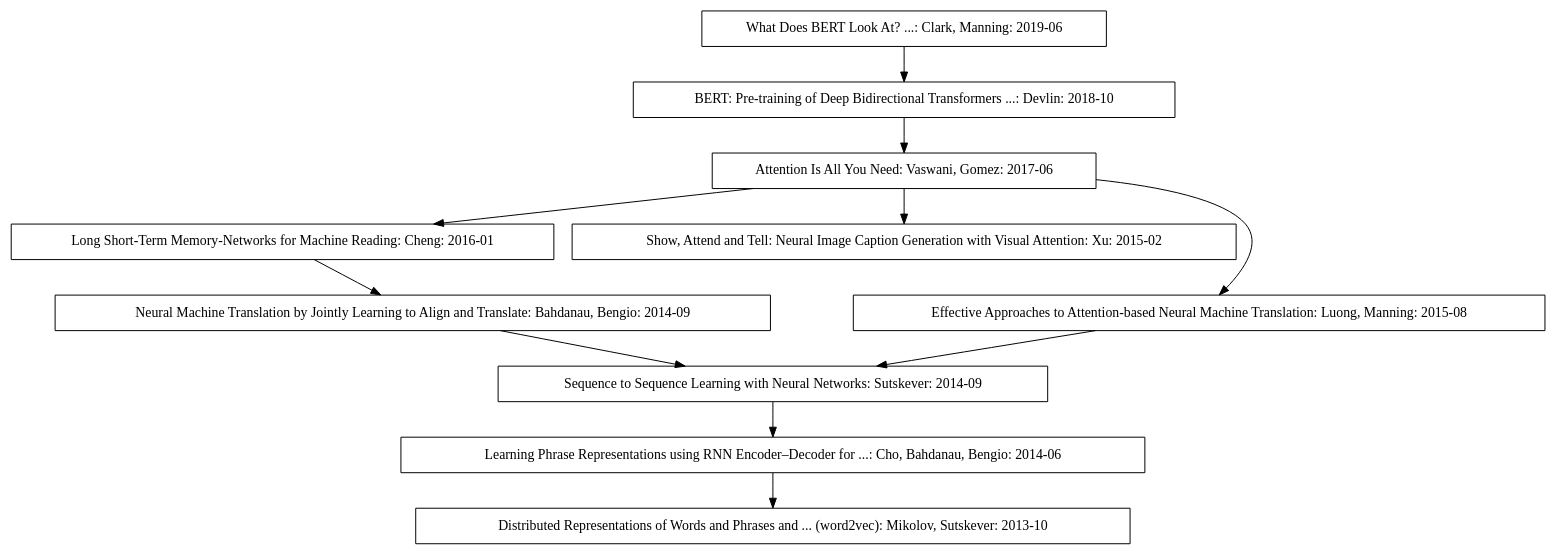
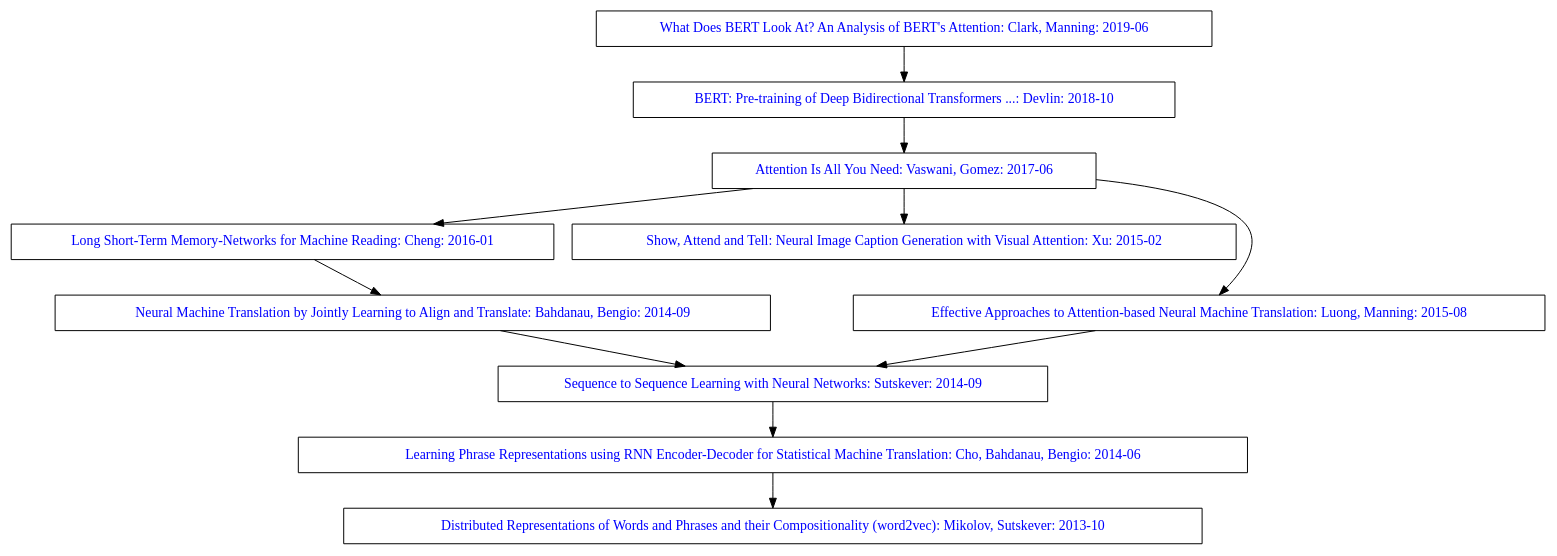
One commit to davidvandebunte/davidvandebunte.gitlab.io changed the diagram in jb/tar/notes/attention-history.gv. Above: the diagram before and after it, drawn with Graphviz. The commit also changed 3 other files, not shown here.

```diff
--- a/jb/tar/notes/attention-history.gv
+++ b/jb/tar/notes/attention-history.gv
@@ -1,53 +1,53 @@
 digraph mainmap {
-  node [shape="box"];
+  node [shape="box", fontcolor=blue];
   {
     clark2019 [
-      label="What Does BERT Look At? ...: Clark, Manning: 2019-06"
+      label="What Does BERT Look At? An Analysis of BERT's Attention: Clark, Manning: 2019-06"
       URL="https://arxiv.org/abs/1906.04341"
     ]
     devlin2018 [
       label="BERT: Pre-training of Deep Bidirectional Transformers ...: Devlin: 2018-10"
       URL="https://en.wikipedia.org/wiki/BERT_(language_model)"
     ]
     vaswani2017 [
       label="Attention Is All You Need: Vaswani, Gomez: 2017-06"
       URL="https://en.wikipedia.org/wiki/Transformer_(machine_learning_model)"
     ]
     cheng2016 [
       label="Long Short-Term Memory-Networks for Machine Reading: Cheng: 2016-01"
       URL="https://arxiv.org/abs/1601.06733"
     ]
     xu2015 [
       label="Show, Attend and Tell: Neural Image Caption Generation with Visual Attention: Xu: 2015-02"
       URL="https://arxiv.org/abs/1502.03044"
     ]
     luong2015 [
       label="Effective Approaches to Attention-based Neural Machine Translation: Luong, Manning: 2015-08"
       URL="https://arxiv.org/abs/1508.04025"
     ]
     bahdanau2014 [
       label="Neural Machine Translation by Jointly Learning to Align and Translate: Bahdanau, Bengio: 2014-09"
       URL="https://arxiv.org/abs/1409.0473"
     ]
     sutskever2014 [
       label="Sequence to Sequence Learning with Neural Networks: Sutskever: 2014-09"
       URL="https://arxiv.org/abs/1409.3215"
     ]
     cho2014 [
-      label="Learning Phrase Representations using RNN Encoder–Decoder for ...: Cho, Bahdanau, Bengio: 2014-06"
+      label="Learning Phrase Representations using RNN Encoder-Decoder for Statistical Machine Translation: Cho, Bahdanau, Bengio: 2014-06"
       URL="https://arxiv.org/abs/1406.1078"
     ]
     mikolov2013 [
-      label="Distributed Representations of Words and Phrases and ... (word2vec): Mikolov, Sutskever: 2013-10"
+      label="Distributed Representations of Words and Phrases and their Compositionality (word2vec): Mikolov, Sutskever: 2013-10"
       URL="https://arxiv.org/abs/1310.4546"
     ]
   }
   clark2019 -> devlin2018;
   devlin2018 -> vaswani2017;
   vaswani2017 -> {cheng2016 xu2015 luong2015};
   luong2015 -> sutskever2014;
   cheng2016 -> bahdanau2014;
   bahdanau2014 -> sutskever2014;
   sutskever2014 -> cho2014;
   cho2014 -> mikolov2013;
 }
```
